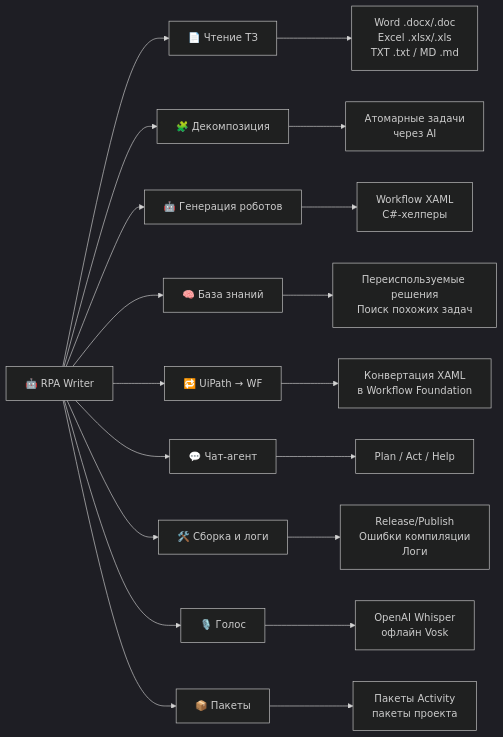
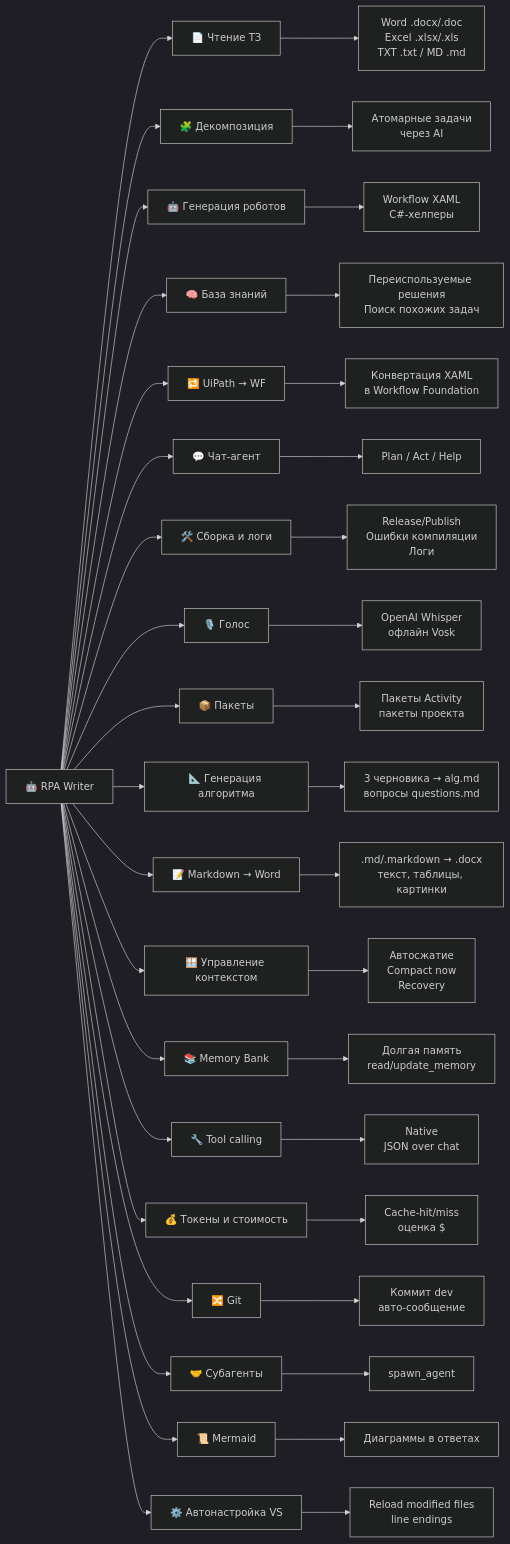
Before and after one commit to MahnevMaxim/RPAWriter2: the diagram in documentation/00-index.md, drawn with Mermaid (dark theme). The commit also changed other lines of this file and 4 other files, not shown here.

````diff
--- a/documentation/00-index.md
+++ b/documentation/00-index.md
@@ -16,22 +16,42 @@
 ```mermaid
 flowchart LR
     A[🤖 RPA Writer] --> B[📄 Чтение ТЗ]
     A --> C[🧩 Декомпозиция]
     A --> D[🤖 Генерация роботов]
     A --> E[🧠 База знаний]
     A --> F[🔁 UiPath → WF]
     A --> G[💬 Чат-агент]
     A --> H[🛠️ Сборка и логи]
     A --> I[🎙️ Голос]
     A --> J[📦 Пакеты]
+    A --> K[📐 Генерация алгоритма]
+    A --> L[📝 Markdown → Word]
+    A --> M[🪟 Управление контекстом]
+    A --> N[📚 Memory Bank]
+    A --> O[🔧 Tool calling]
+    A --> P[💰 Токены и стоимость]
+    A --> Q[🔀 Git]
+    A --> R[🤝 Субагенты]
+    A --> S[📜 Mermaid]
+    A --> T[⚙️ Автонастройка VS]
 
     B --> B1[Word .docx/.doc<br/>Excel .xlsx/.xls<br/>TXT .txt / MD .md]
     C --> C1[Атомарные задачи<br/>через AI]
     D --> D1[Workflow XAML<br/>C#-хелперы]
     E --> E1[Переиспользуемые решения<br/>Поиск похожих задач]
     F --> F1[Конвертация XAML<br/>в Workflow Foundation]
     G --> G1[Plan / Act / Help]
     H --> H1[Release/Publish<br/>Ошибки компиляции<br/>Логи]
     I --> I1[OpenAI Whisper<br/>офлайн Vosk]
     J --> J1[Пакеты Activity<br/>пакеты проекта]
+    K --> K1[3 черновика → alg.md<br/>вопросы questions.md]
+    L --> L1[.md/.markdown → .docx<br/>текст, таблицы, картинки]
+    M --> M1[Автосжатие<br/>Compact now<br/>Recovery]
+    N --> N1[Долгая память<br/>read/update_memory]
+    O --> O1[Native<br/>JSON over chat]
+    P --> P1[Cache-hit/miss<br/>оценка $]
+    Q --> Q1[Коммит dev<br/>авто-сообщение]
+    R --> R1[spawn_agent]
+    S --> S1[Диаграммы в ответах]
+    T --> T1[Reload modified files<br/>line endings]
 ```
````
